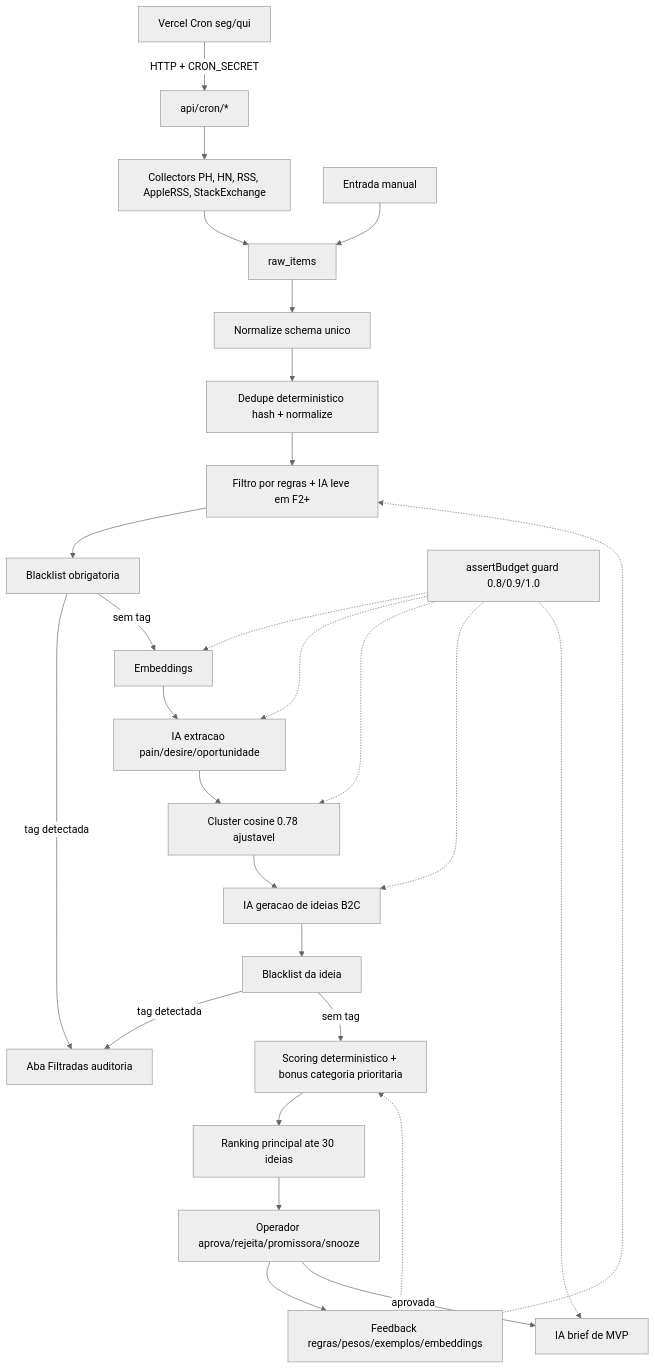
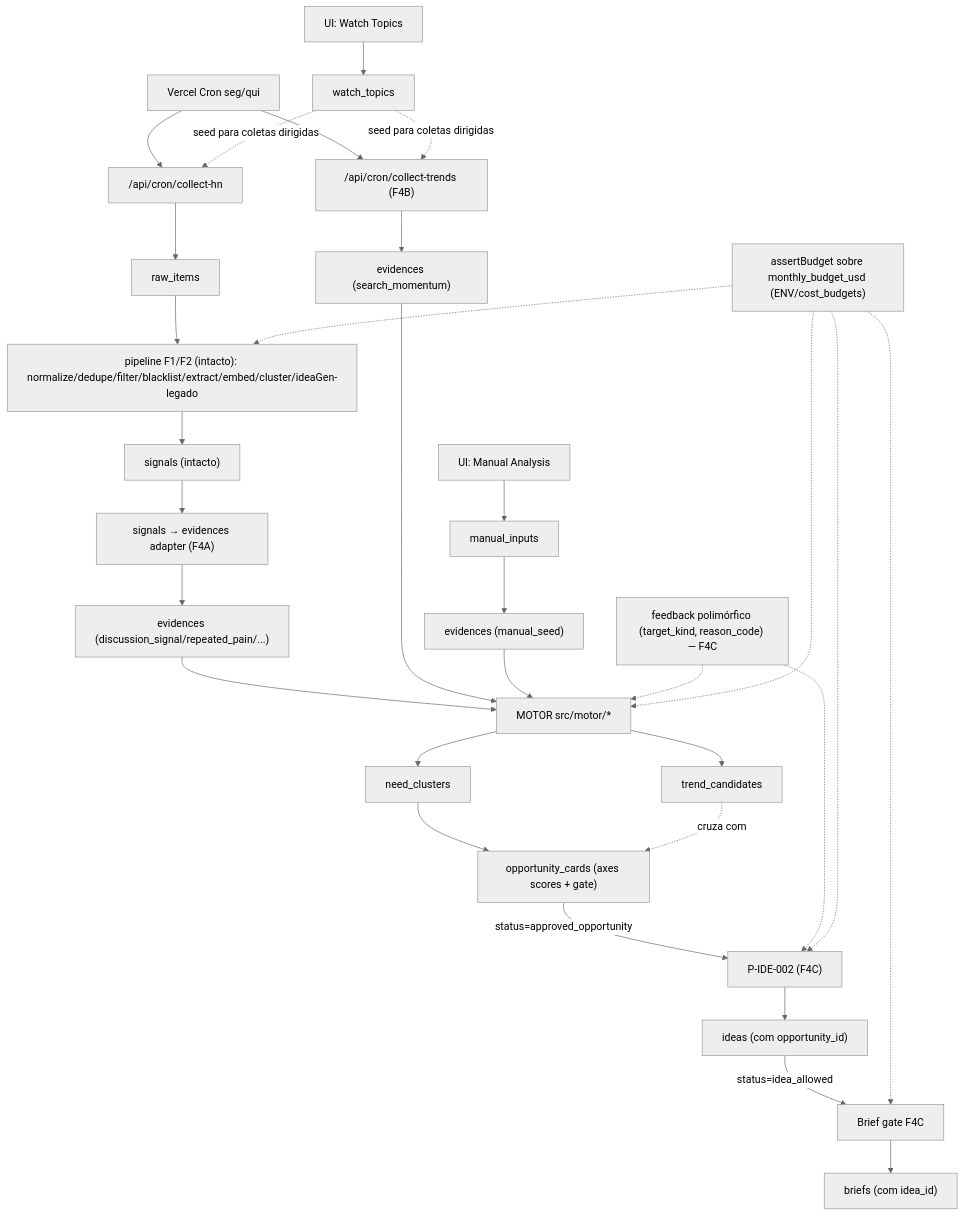
One commit to lotrfanboy/MVP2Go changed the first of 3 diagrams in docs/PRD.md. Above: the diagram before and after it, drawn with Mermaid (neutral theme). The commit also changed other lines of this file and 18 other files, not shown here.

First line of the commit message:
docs: rodada 7 opportunity motor (F4/F5 specs, Agent 8-10 briefs, skills)

````diff
--- a/docs/PRD.md
+++ b/docs/PRD.md
@@ -106,30 +140,40 @@
 ```mermaid
 flowchart TD
-    Cron["Vercel Cron seg/qui"] -->|HTTP + CRON_SECRET| Route["api/cron/*"]
-    Route --> Collectors["Collectors PH, HN, RSS, AppleRSS, StackExchange"]
-    Manual["Entrada manual"] --> RawItems["raw_items"]
-    Collectors --> RawItems
-    RawItems --> Normalize["Normalize schema unico"]
-    Normalize --> Dedupe["Dedupe deterministico hash + normalize"]
-    Dedupe --> Filter["Filtro por regras + IA leve em F2+"]
-    Filter --> Blacklist["Blacklist obrigatoria"]
-    Blacklist -->|tag detectada| Filtradas["Aba Filtradas auditoria"]
-    Blacklist -->|sem tag| Embed["Embeddings"]
-    Embed --> Extract["IA extracao pain/desire/oportunidade"]
-    Extract --> Cluster["Cluster cosine 0.78 ajustavel"]
-    Cluster --> Ideas["IA geracao de ideias B2C"]
-    Ideas --> IdeaBlacklist["Blacklist da ideia"]
-    IdeaBlacklist -->|tag detectada| Filtradas
-    IdeaBlacklist -->|sem tag| Score["Scoring deterministico + bonus categoria prioritaria"]
-    Score --> Ranking["Ranking principal ate 30 ideias"]
-    Ranking --> Review["Operador aprova/rejeita/promissora/snooze"]
-    Review --> Feedback["Feedback regras/pesos/exemplos/embeddings"]
-    Feedback -.-> Filter
-    Feedback -.-> Score
-    Review -->|aprovada| Brief["IA brief de MVP"]
-    Budget["assertBudget guard 0.8/0.9/1.0"] -.-> Embed
-    Budget -.-> Extract
-    Budget -.-> Cluster
-    Budget -.-> Ideas
-    Budget -.-> Brief
+    Cron["Vercel Cron seg/qui"] --> CollectHN["/api/cron/collect-hn"]
+    Cron --> CollectTrends["/api/cron/collect-trends (F4B)"]
+    ManualUI["UI: Manual Analysis"] --> ManualInputs["manual_inputs"]
+    WatchUI["UI: Watch Topics"] --> WatchTopics["watch_topics"]
+
+    CollectHN --> RawItems["raw_items"]
+    RawItems --> Pipeline["pipeline F1/F2 (intacto): normalize/dedupe/filter/blacklist/extract/embed/cluster/ideaGen-legado"]
+    Pipeline --> Signals["signals (intacto)"]
+    Signals --> SignalAdapter["signals → evidences adapter (F4A)"]
+
+    CollectTrends --> EvidenceTrends["evidences (search_momentum)"]
+    SignalAdapter --> EvidenceHN["evidences (discussion_signal/repeated_pain/...)"]
+    ManualInputs --> EvidenceManual["evidences (manual_seed)"]
+    WatchTopics -. seed para coletas dirigidas .-> CollectHN
+    WatchTopics -. seed para coletas dirigidas .-> CollectTrends
+
+    EvidenceHN --> Motor["MOTOR src/motor/*"]
+    EvidenceTrends --> Motor
+    EvidenceManual --> Motor
+
+    Motor --> TrendCands["trend_candidates"]
+    Motor --> NeedClusters["need_clusters"]
+    NeedClusters --> Opportunities["opportunity_cards (axes scores + gate)"]
+    TrendCands -. cruza com .-> Opportunities
+
+    Opportunities -->|status=approved_opportunity| IdeaGen["P-IDE-002 (F4C)"]
+    IdeaGen --> NewIdeas["ideas (com opportunity_id)"]
+    NewIdeas -->|status=idea_allowed| BriefGate["Brief gate F4C"]
+    BriefGate --> NewBriefs["briefs (com idea_id)"]
+
+    Feedback["feedback polimórfico (target_kind, reason_code) — F4C"] -.-> Motor
+    Feedback -.-> IdeaGen
+
+    Budget["assertBudget sobre monthly_budget_usd (ENV/cost_budgets)"] -.-> Pipeline
+    Budget -.-> Motor
+    Budget -.-> IdeaGen
+    Budget -.-> BriefGate
 ```
````
